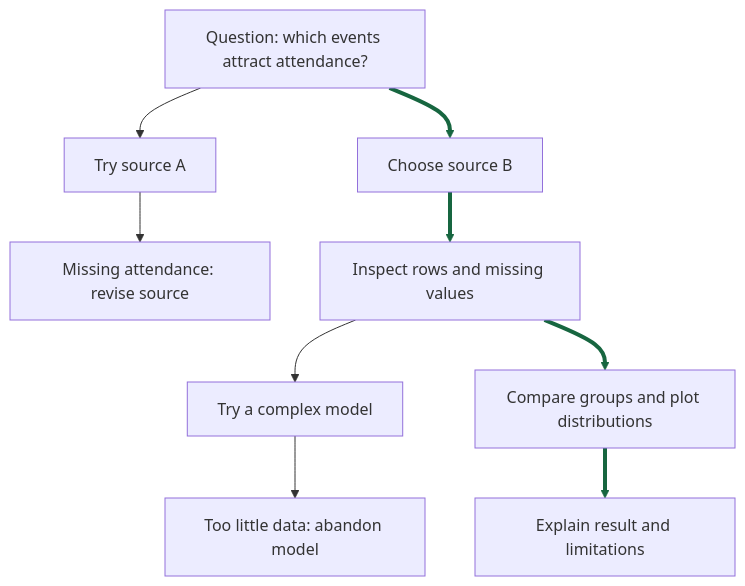
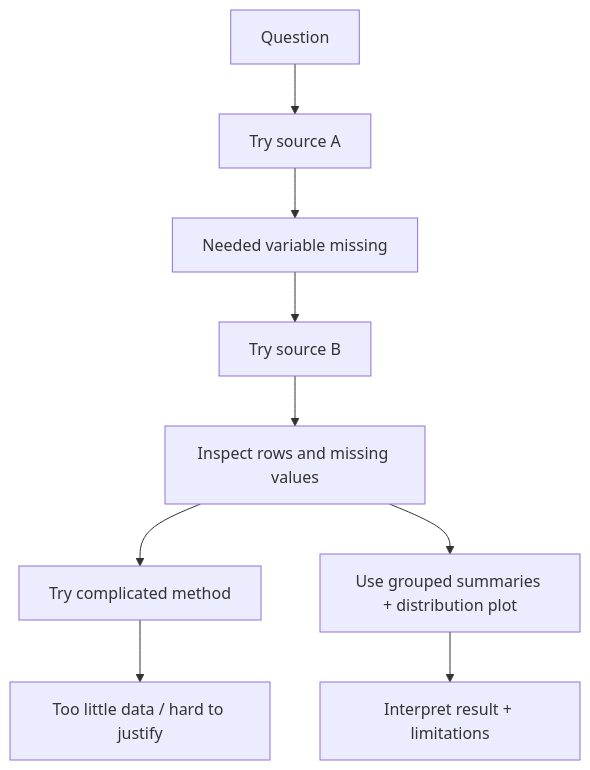
The diagram in capstone/06_research_tree.md (mathguy-uf/MAD2502), drawn with Mermaid before and after one commit. The commit also changed other lines of this file and 7 other files, not shown here.

````diff
--- a/capstone/06_research_tree.md
+++ b/capstone/06_research_tree.md
@@ -9,12 +23,11 @@
 ```mermaid
 flowchart TD
-    Q["Question: which events attract attendance?"] --> A["Try source A"]
-    A --> M["Missing attendance: revise source"]
-    Q ==> B["Choose source B"]
-    B ==> C["Inspect rows and missing values"]
-    C --> X["Try a complex model"]
-    X --> F["Too little data: abandon model"]
-    C ==> S["Compare groups and plot distributions"]
-    S ==> R["Explain result and limitations"]
-    linkStyle 2,3,6,7 stroke:#176640,stroke-width:4px
+    Q["Question"] --> A["Try source A"]
+    A --> M["Needed variable missing"]
+    M --> B["Try source B"]
+    B --> C["Inspect rows and missing values"]
+    C --> X["Try complicated method"]
+    X --> F["Too little data / hard to justify"]
+    C --> S["Use grouped summaries + distribution plot"]
+    S --> R["Interpret result + limitations"]
 ```
````
